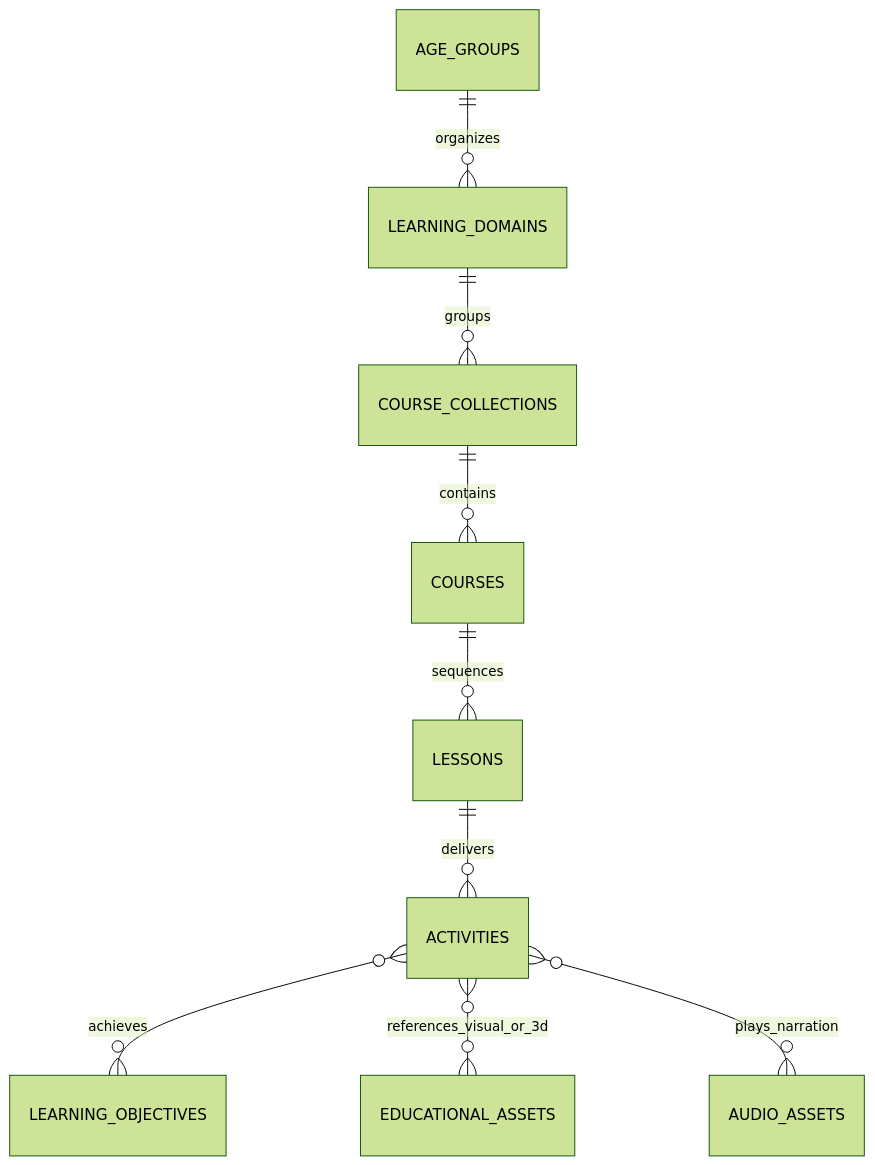
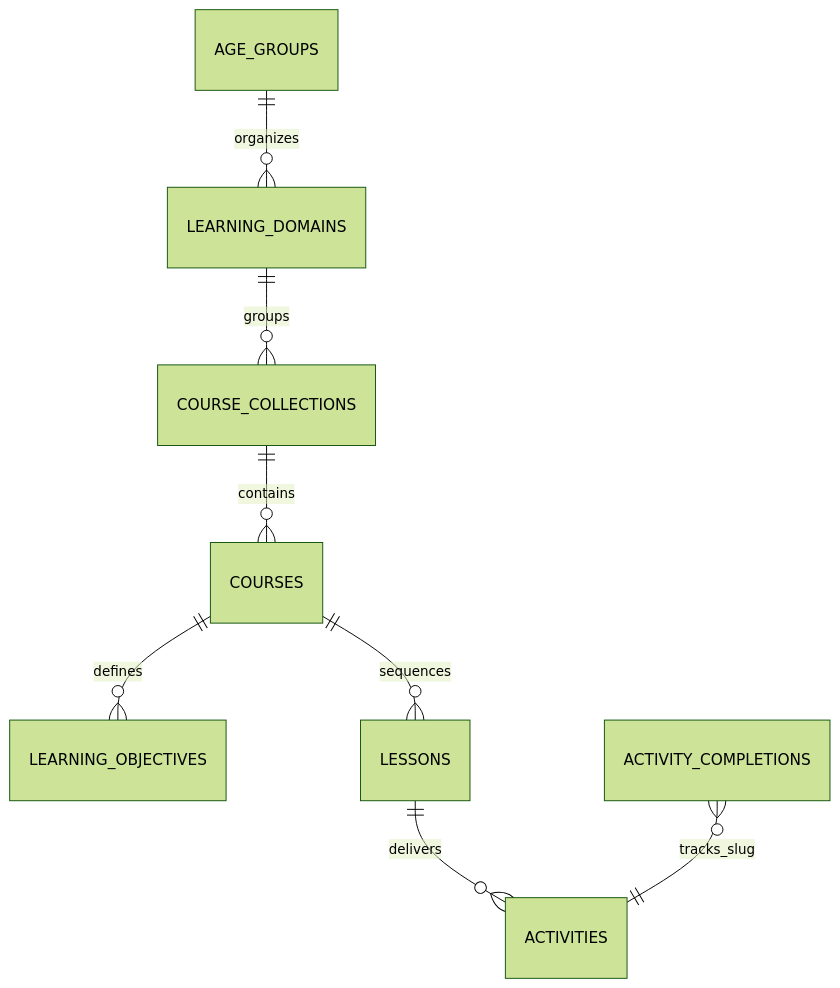
One commit to Ahmed1-Rebai/Nawwar changed the second of 2 diagrams in ARCHITECTURE.md. Above: the diagram before and after it, drawn with Mermaid (forest theme). The commit also changed other lines of this file and 55 other files, not shown here.

````diff
--- a/ARCHITECTURE.md
+++ b/ARCHITECTURE.md
@@ -78,11 +78,10 @@
 ```mermaid
 erDiagram
     AGE_GROUPS ||--o{ LEARNING_DOMAINS : organizes
     LEARNING_DOMAINS ||--o{ COURSE_COLLECTIONS : groups
     COURSE_COLLECTIONS ||--o{ COURSES : contains
+    COURSES ||--o{ LEARNING_OBJECTIVES : defines
     COURSES ||--o{ LESSONS : sequences
     LESSONS ||--o{ ACTIVITIES : delivers
-    ACTIVITIES }o--o{ LEARNING_OBJECTIVES : achieves
-    ACTIVITIES }o--o{ EDUCATIONAL_ASSETS : references_visual_or_3d
-    ACTIVITIES }o--o{ AUDIO_ASSETS : plays_narration
+    ACTIVITY_COMPLETIONS }o--|| ACTIVITIES : tracks_slug
 ```
````
